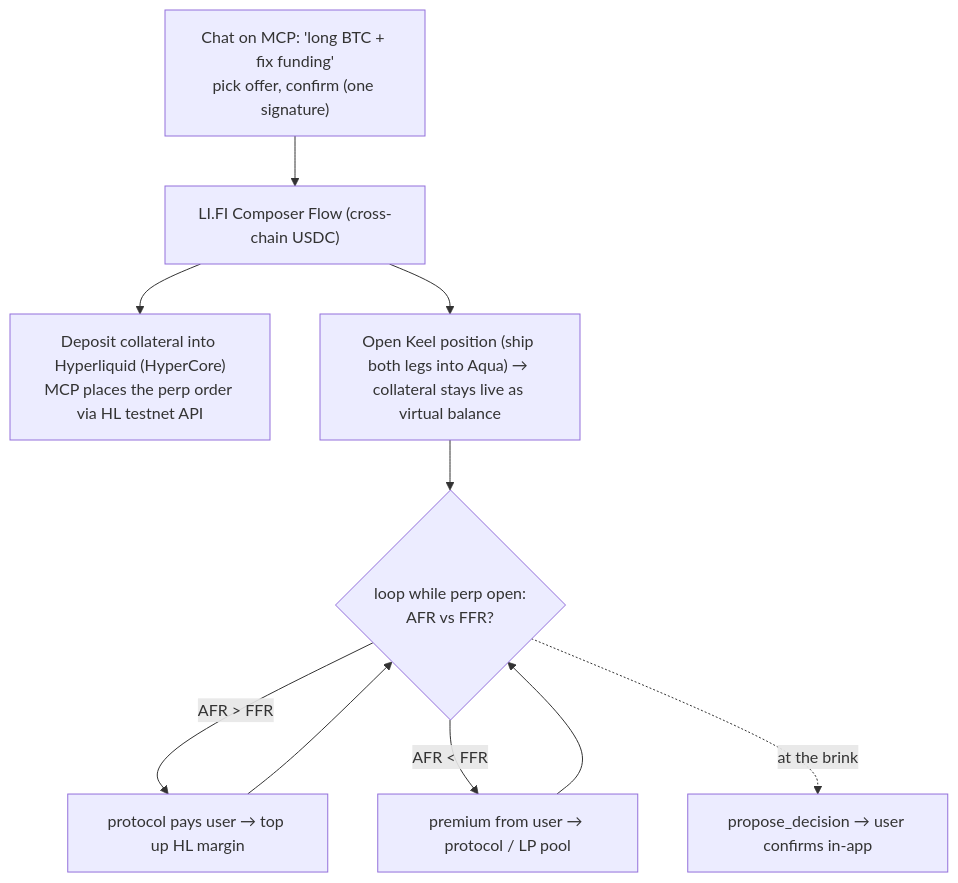
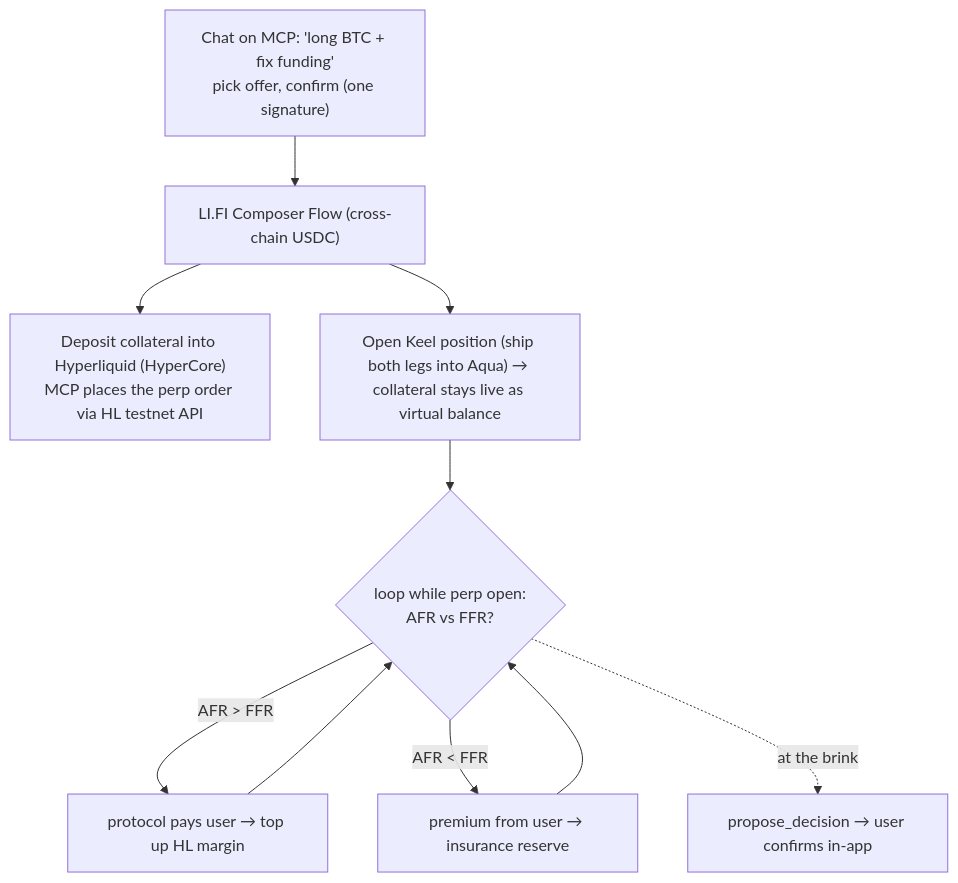
One commit to 0xYudhishthra/TenorFi changed the second of 2 diagrams in docs/design-doc.md. Above: the diagram before and after it, drawn with Mermaid. The commit also changed other lines of this file and 4 other files, not shown here.

First line of the commit message:
docs: adopt insurance/reserve terminology repo-wide; fix flows.md to Aqua-only

````diff
--- a/docs/design-doc.md
+++ b/docs/design-doc.md
@@ -151,12 +151,12 @@
 ```mermaid
 flowchart TB
     CHAT["Chat on MCP: 'long BTC + fix funding'<br/>pick offer, confirm (one signature)"] --> FLOW["LI.FI Composer Flow (cross-chain USDC)"]
     FLOW --> DEP["Deposit collateral into Hyperliquid (HyperCore)<br/>MCP places the perp order via HL testnet API"]
     FLOW --> OPEN["Open Keel position (ship both legs into Aqua) → collateral stays live as virtual balance"]
     OPEN --> LOOP{"loop while perp open:<br/>AFR vs FFR?"}
     LOOP -->|"AFR > FFR"| UP["protocol pays user → top up HL margin"]
-    LOOP -->|"AFR < FFR"| PREM["premium from user → protocol / LP pool"]
+    LOOP -->|"AFR < FFR"| PREM["premium from user → insurance reserve"]
     UP --> LOOP
     PREM --> LOOP
     LOOP -.->|at the brink| BRINK["propose_decision → user confirms in-app"]
 ```
````
